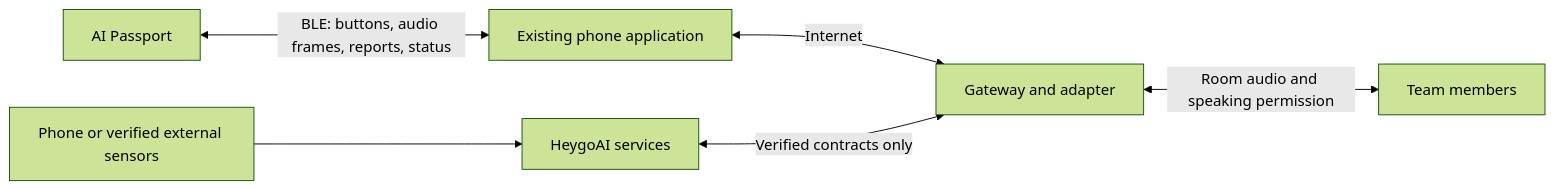
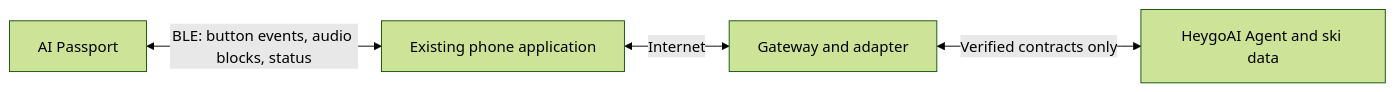
Before and after one commit to Azuresword/Heygo-AiPassport: the first of 2 diagrams in 需求文件夹/02-architecture.md, drawn with Mermaid (forest theme). The commit also changed other lines of this file and 17 other files, not shown here.

````diff
--- a/需求文件夹/02-architecture.md
+++ b/需求文件夹/02-architecture.md
@@ -60,8 +36,6 @@
 ```mermaid
 flowchart LR
-    S[Phone or verified external sensors] --> H[HeygoAI services]
-    P[AI Passport] <-->|BLE: buttons, audio frames, reports, status| U[Existing phone application]
+    P[AI Passport] <-->|BLE: button events, audio blocks, status| U[Existing phone application]
     U <-->|Internet| G[Gateway and adapter]
-    H <-->|Verified contracts only| G
-    G <-->|Room audio and speaking permission| R[Team members]
+    G <-->|Verified contracts only| H[HeygoAI Agent and ski data]
 ```
````
